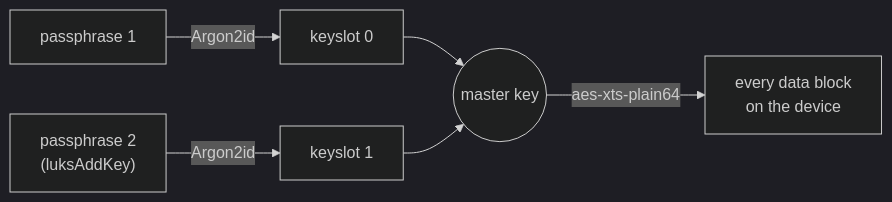
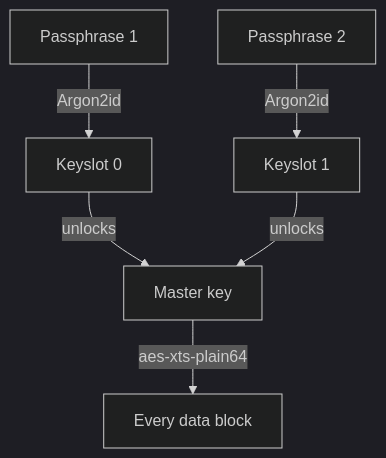
The diagram in sections/section-010/module-03/course-02-creating-a-container-and-keyslots.md (astrona-io/ATS004), drawn with Mermaid (dark theme) before and after one commit. The commit also changed other lines of this file and 287 other files, not shown here.

````diff
--- a/sections/section-010/module-03/course-02-creating-a-container-and-keyslots.md
+++ b/sections/section-010/module-03/course-02-creating-a-container-and-keyslots.md
@@ -60,8 +74,8 @@
 ```mermaid
-flowchart LR
-    P1["passphrase 1"] -->|Argon2id| K0["keyslot 0"]
-    P2["passphrase 2<br/>(luksAddKey)"] -->|Argon2id| K1["keyslot 1"]
-    K0 --> MK(("master key"))
-    K1 --> MK
-    MK -->|aes-xts-plain64| DATA["every data block<br/>on the device"]
+flowchart TB
+    P1["Passphrase 1"] -->|"Argon2id"| K0["Keyslot 0"]
+    P2["Passphrase 2"] -->|"Argon2id"| K1["Keyslot 1"]
+    K0 -->|"unlocks"| MK["Master key"]
+    K1 -->|"unlocks"| MK
+    MK -->|"aes-xts-plain64"| D["Every data block"]
 ```
````
